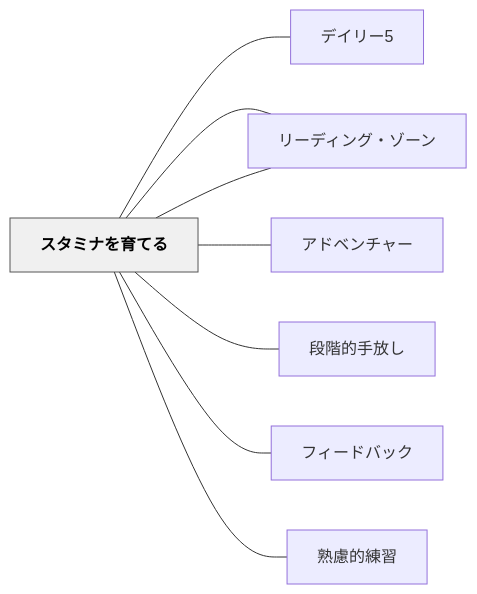
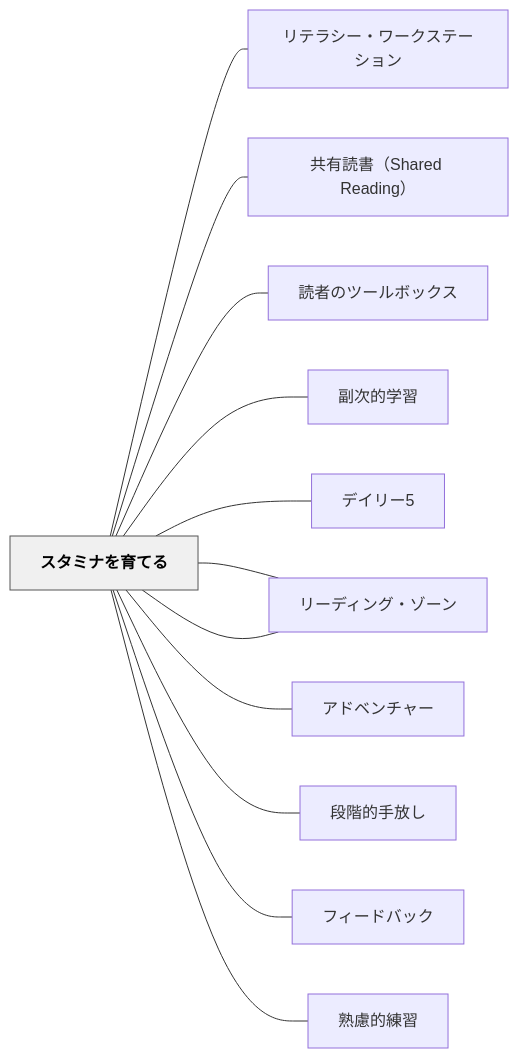
Before and after one commit to unknownthings-ed-patterns/unknownthings-ed-patterns: the diagram in content/パタン/スタミナを育てる.md, drawn with Mermaid. The commit also changed other lines of this file and 473 other files, not shown here.

````diff
--- a/content/パタン/スタミナを育てる.md
+++ b/content/パタン/スタミナを育てる.md
@@ -237,22 +241,30 @@
 ```mermaid
 flowchart LR
     ne382b9e382bf["スタミナを育てる"]
+    ne383aae38386["リテラシー・ワークステーション"]
+    ne585b1e69c89["共有読書（Shared Reading）"]
+    ne8aaade88085["読者のツールボックス"]
+    ne589afe6aca1["副次的学習"]
     ne38387e382a4["デイリー5"]
     ne383aae383bc["リーディング・ワークショップ"]
     ne382a2e38389["アドベンチャー"]
     ne6aeb5e99a8e["段階的手放し"]
     ne38395e382a3["フィードバック"]
     ne7869fe685ae["熟慮的練習"]
     ne383aae383bc["リーディング・ゾーン"]
 
+    ne382b9e382bf --- ne383aae38386
+    ne382b9e382bf --- ne585b1e69c89
+    ne382b9e382bf --- ne8aaade88085
+    ne382b9e382bf --- ne589afe6aca1
     ne382b9e382bf --- ne38387e382a4
     ne382b9e382bf --- ne383aae383bc
     ne382b9e382bf --- ne382a2e38389
     ne382b9e382bf --- ne6aeb5e99a8e
     ne382b9e382bf --- ne38395e382a3
     ne382b9e382bf --- ne7869fe685ae
     ne382b9e382bf --- ne383aae383bc
 
     classDef hub fill:#f0f0f0,stroke:#555,color:#000,font-weight:bold
     class ne382b9e382bf hub
 ```
````
